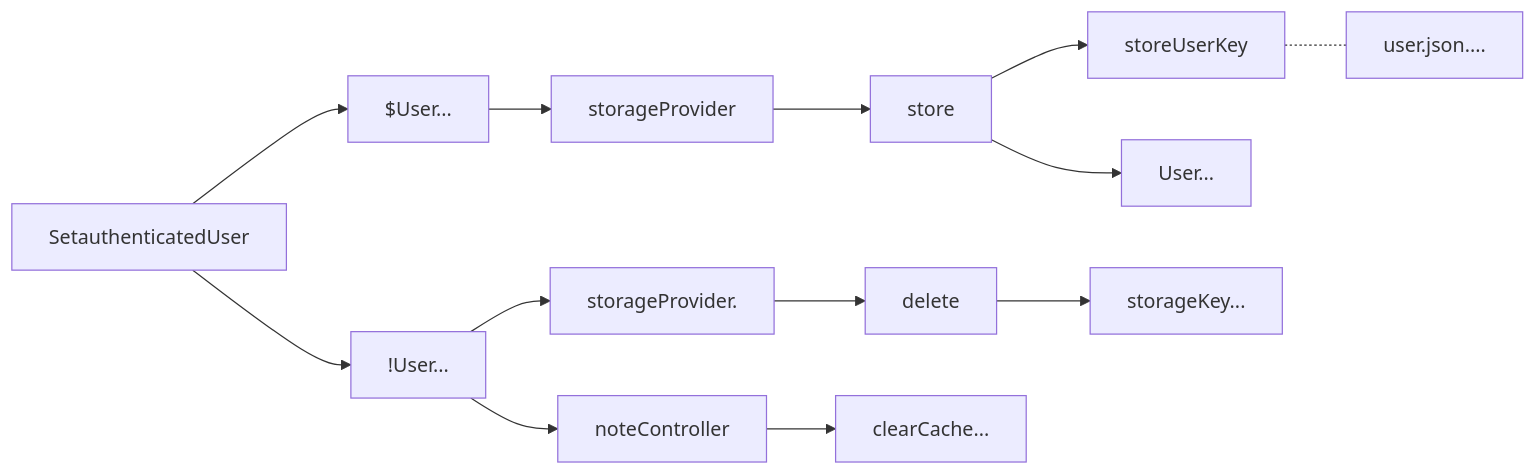
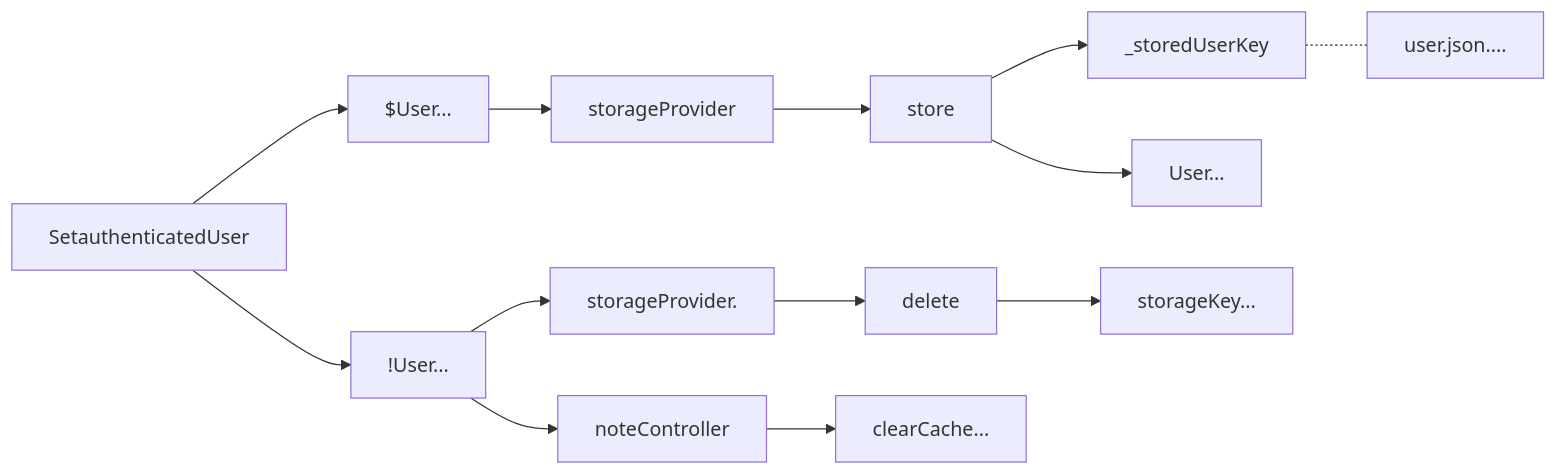
The fourth of 10 diagrams in newage/astro.md (gordianknotC/nxp_note), drawn with Mermaid before and after one commit. The commit also changed other lines of this file, not shown here.

````diff
--- a/newage/astro.md
+++ b/newage/astro.md
@@ -57,16 +57,16 @@
 ```mermaid
 graph LR
-storeUserKey -.- user.json....
+_storedUserKey-.- user.json....
 SetauthenticatedUser --> $User...
 SetauthenticatedUser --> !User...
 $User... --> storageProvider
 storageProvider --> store
-store --> storeUserKey
+store --> _storedUserKey
 store --> User...
 
 !User... --> storageProvider.
 storageProvider. --> delete
 delete --> storageKey...
 !User... --> noteController
 noteController --> clearCache...
 ```
````
